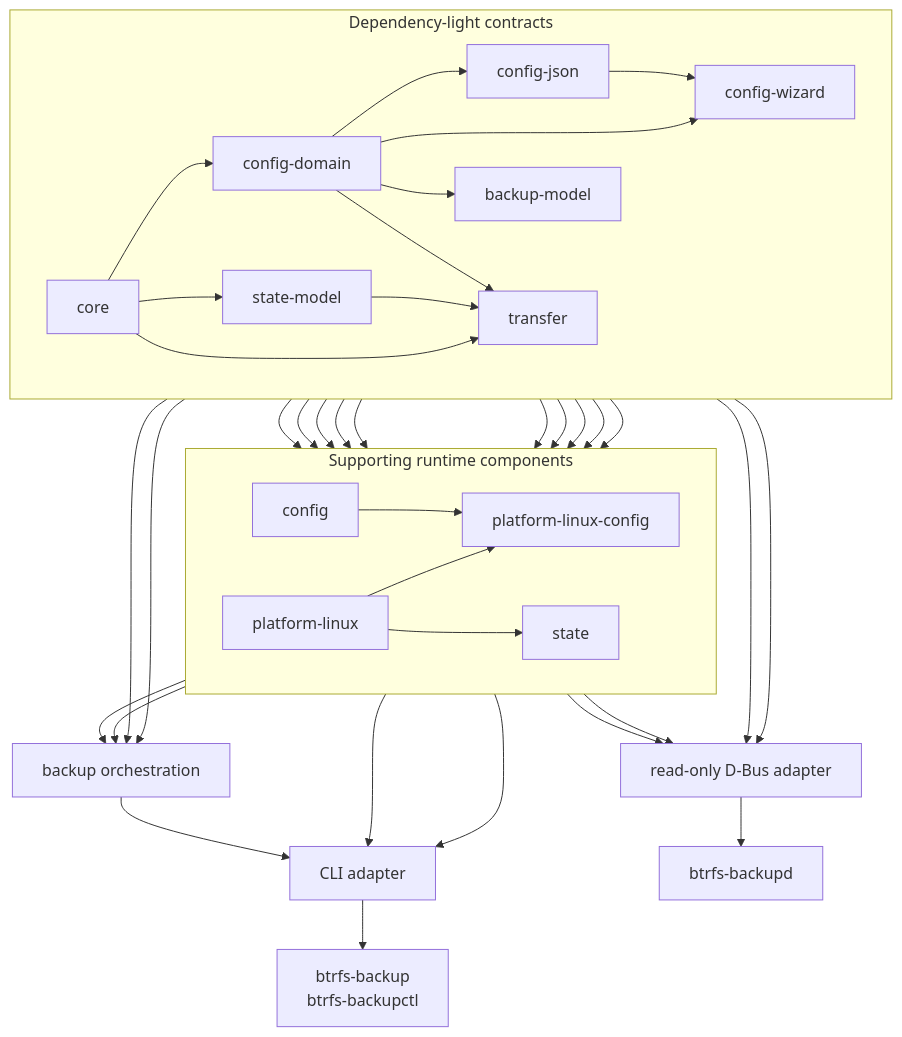
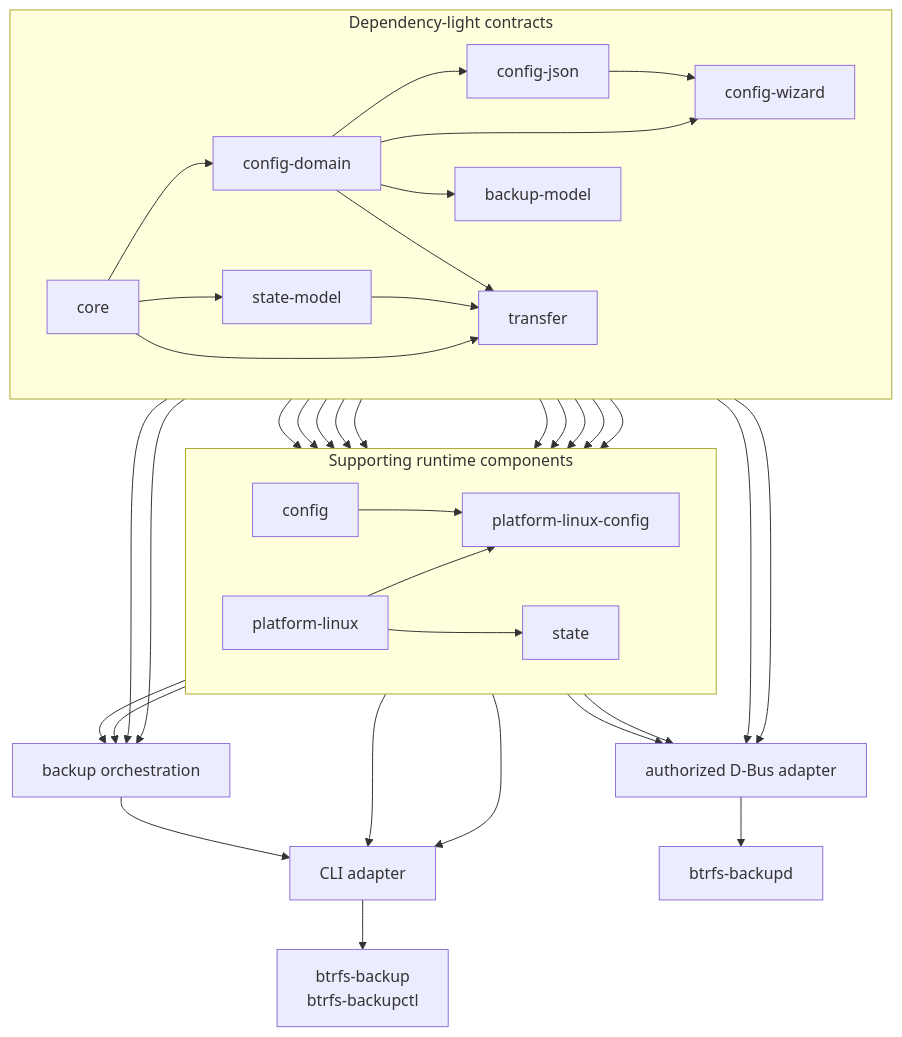
One commit to kapiwko/btrfs-backup changed the diagram in docs/cpp-layout.md. Above: the diagram before and after it, drawn with Mermaid. The commit also changed other lines of this file and 36 other files, not shown here.

````diff
--- a/docs/cpp-layout.md
+++ b/docs/cpp-layout.md
@@ -57,63 +57,63 @@
 ```mermaid
 flowchart TB
     subgraph contracts[Dependency-light contracts]
         direction LR
         core[core]
         config_domain[config-domain]
         config_json[config-json]
         config_wizard[config-wizard]
         state_model[state-model]
         backup_model[backup-model]
         transfer[transfer]
 
         core --> config_domain
         config_domain --> config_json
         config_domain --> config_wizard
         config_json --> config_wizard
         core --> state_model
         config_domain --> backup_model
         core --> transfer
         config_domain --> transfer
         state_model --> transfer
     end
 
     subgraph support[Supporting runtime components]
         direction LR
         platform[platform-linux]
         config[config]
         linux_config[platform-linux-config]
         state[state]
     end
 
     backup[backup orchestration]
     cli[CLI adapter]
-    daemon[read-only D-Bus adapter]
+    daemon[authorized D-Bus adapter]
 
     config_domain --> platform
     backup_model --> platform
     transfer --> platform
     config_domain --> config
     config_json --> config
     config --> linux_config
     config_json --> linux_config
     config_wizard --> linux_config
     platform --> linux_config
     config_domain --> state
     config_json --> state
     state_model --> state
     platform --> state
     backup_model --> backup
     transfer --> backup
     platform --> backup
     state --> backup
     backup --> cli
     linux_config --> cli
     state --> cli
     config_domain --> daemon
     config_json --> daemon
     platform --> daemon
     linux_config --> daemon
 
     cli --> executables[btrfs-backup<br/>btrfs-backupctl]
     daemon --> manager[btrfs-backupd]
 ```
````
